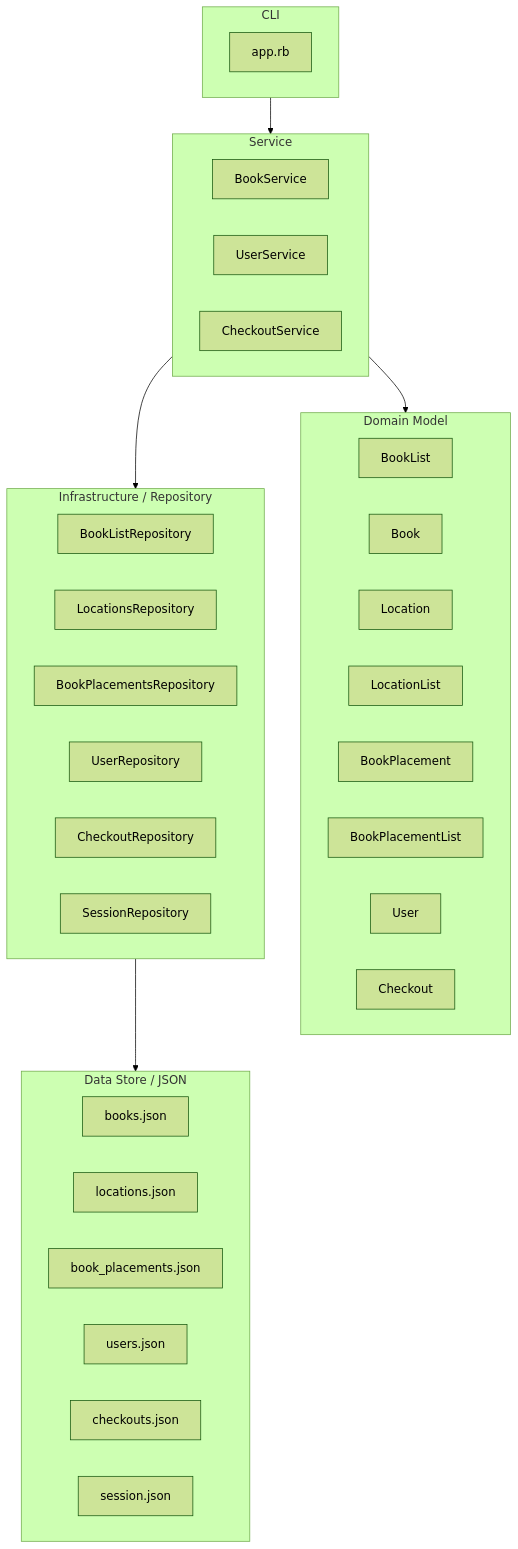
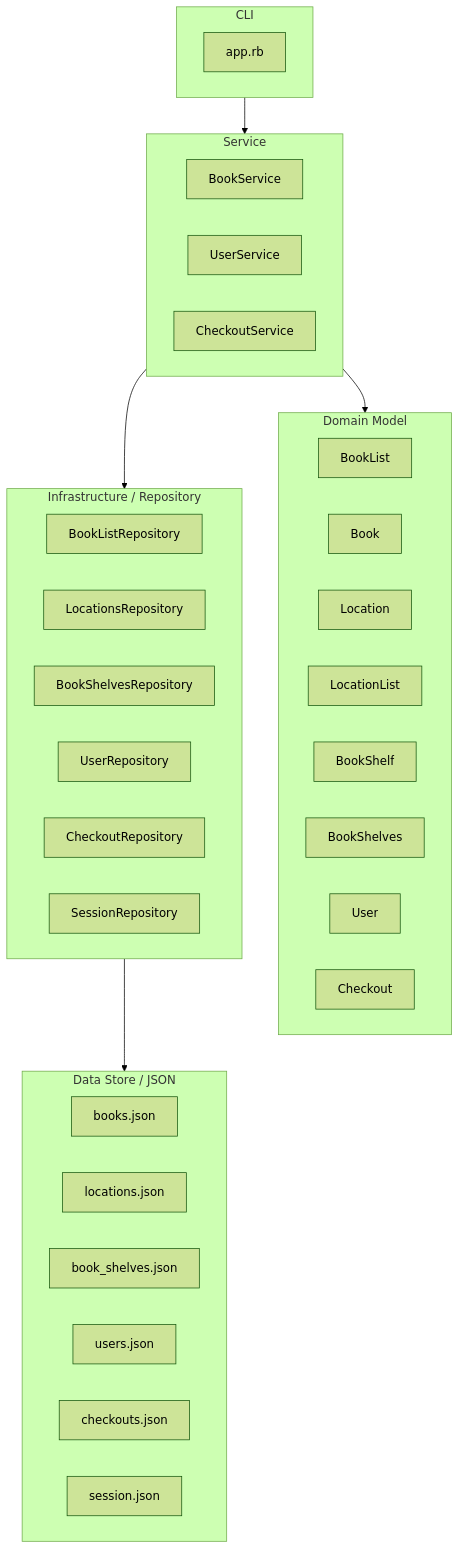
One commit to wairo8714/tech-library changed the first of 2 diagrams in docs/domain-design.md. Above: the diagram before and after it, drawn with Mermaid (forest theme). The commit also changed other lines of this file and 16 other files, not shown here.

````diff
--- a/docs/domain-design.md
+++ b/docs/domain-design.md
@@ -19,46 +19,46 @@
 ```mermaid
 flowchart TD
     subgraph Presentation["CLI"]
         CLI["app.rb"]
     end
 
     subgraph Application["Service"]
         BookService["BookService"]
         UserService["UserService"]
         CheckoutService["CheckoutService"]
     end
 
     subgraph Domain["Domain Model"]
         BookList["BookList"]
         Book["Book"]
         Location["Location"]
         LocationList["LocationList"]
-        BookPlacement["BookPlacement"]
-        BookPlacementList["BookPlacementList"]
+        BookShelf["BookShelf"]
+        BookShelves["BookShelves"]
         User["User"]
         Checkout["Checkout"]
     end
 
     subgraph Infrastructure["Infrastructure / Repository"]
         BookListRepository["BookListRepository"]
         LocationsRepository["LocationsRepository"]
-        BookPlacementsRepository["BookPlacementsRepository"]
+        BookShelvesRepository["BookShelvesRepository"]
         UserRepository["UserRepository"]
         CheckoutRepository["CheckoutRepository"]
         SessionRepository["SessionRepository"]
     end
 
     subgraph DataStore["Data Store / JSON"]
         BooksJson["books.json"]
         LocationsJson["locations.json"]
-        BookPlacementsJson["book_placements.json"]
+        BookShelvesJson["book_shelves.json"]
         UsersJson["users.json"]
         CheckoutsJson["checkouts.json"]
         SessionJson["session.json"]
     end
 
     Presentation --> Application
     Application --> Domain
     Application --> Infrastructure
     Infrastructure --> DataStore
 ```
````
